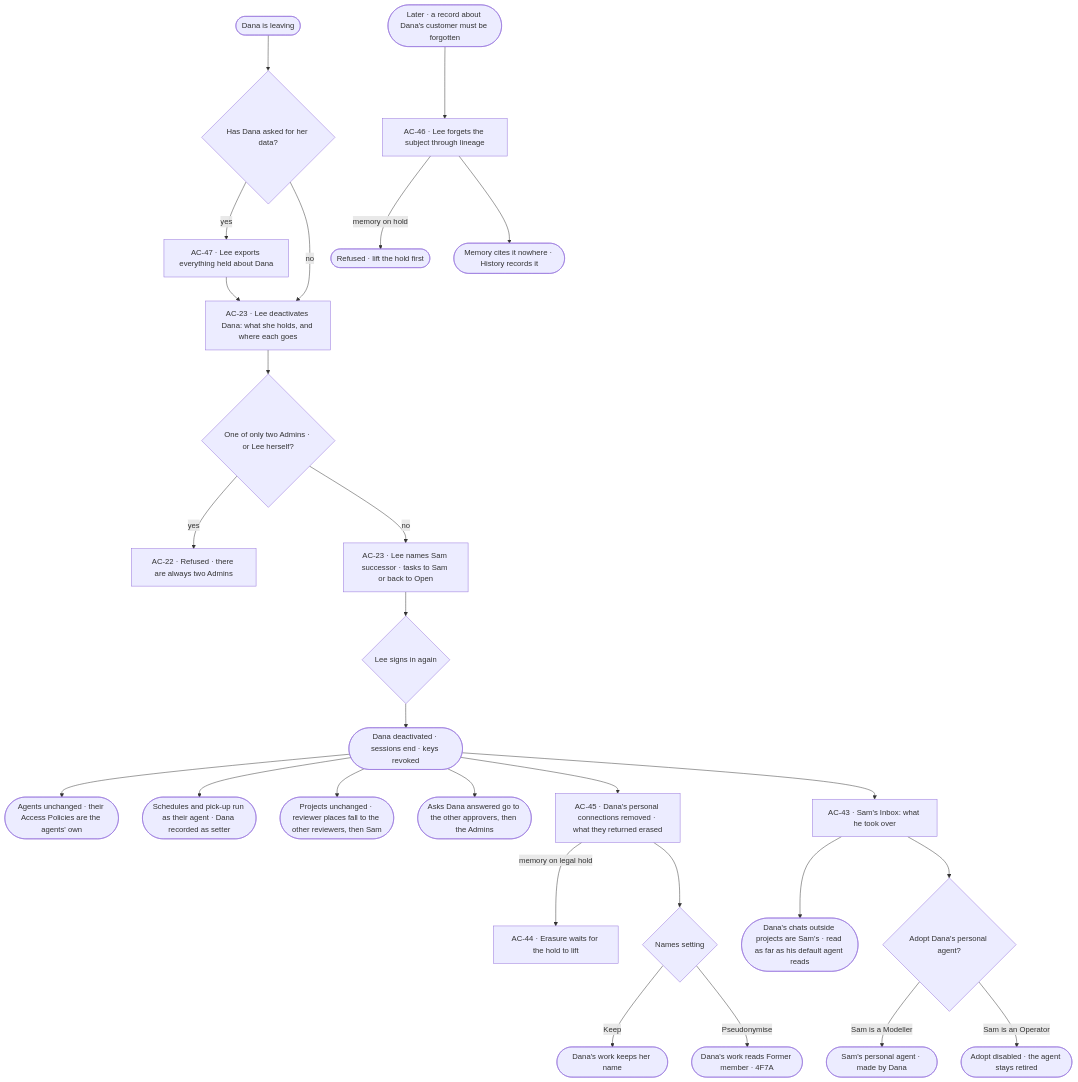
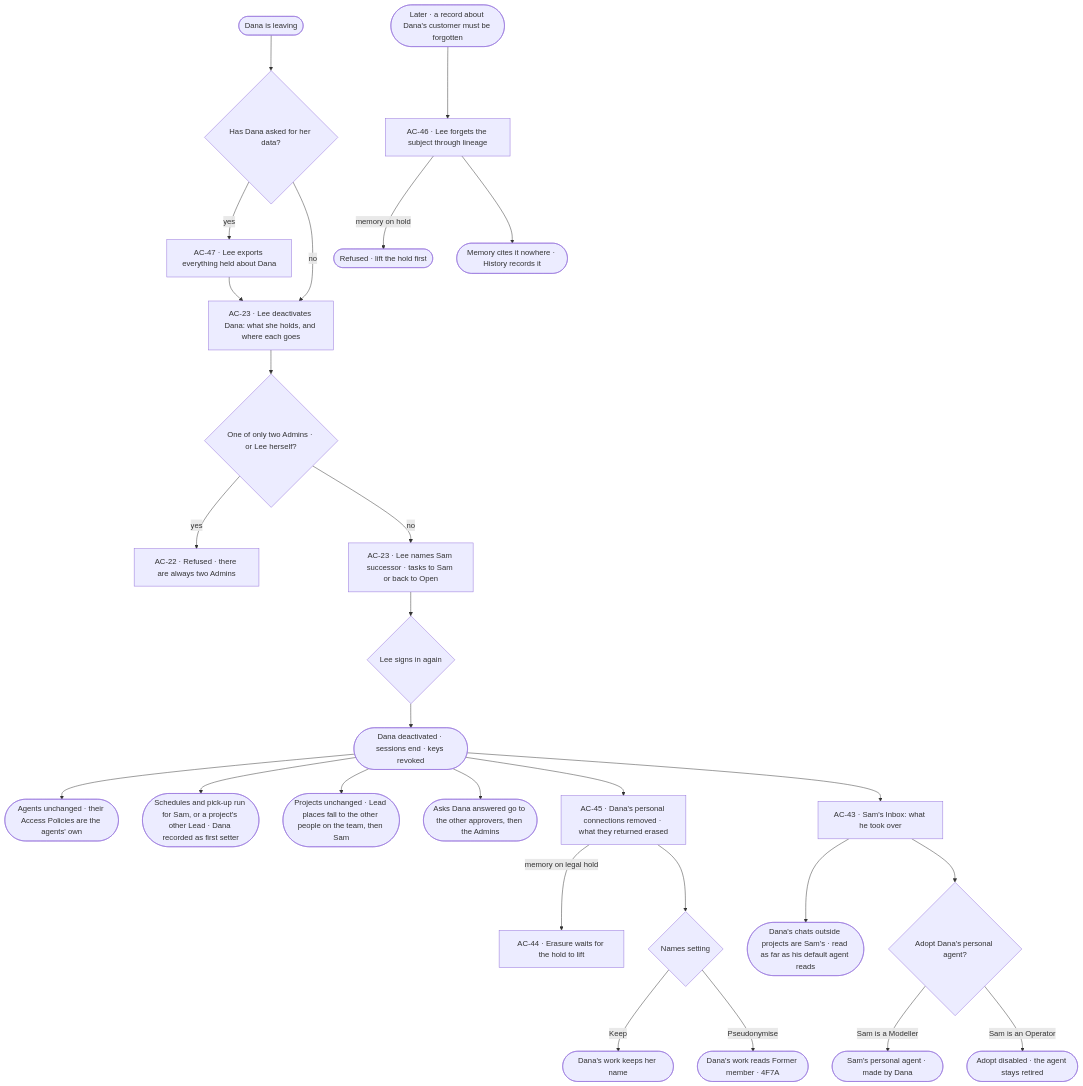
One commit to invana/invana changed the diagram in specs/journeys/J12-a-person-leaves-and-the-team-keeps-working.md. Above: the diagram before and after it, drawn with Mermaid. The commit also changed 106 other files, not shown here.

````diff
--- a/specs/journeys/J12-a-person-leaves-and-the-team-keeps-working.md
+++ b/specs/journeys/J12-a-person-leaves-and-the-team-keeps-working.md
@@ -16,29 +16,29 @@
 ```mermaid
 flowchart TD
   P([Dana is leaving]) --> X{"Has Dana asked for her data?"}
   X -->|yes| EX["AC-47 · Lee exports everything held about Dana"]
   X -->|no| D
   EX --> D["AC-23 · Lee deactivates Dana: what she holds, and where each goes"]
   D --> A{"One of only two Admins · or Lee herself?"}
   A -->|yes| AR["AC-22 · Refused · there are always two Admins"]
   A -->|no| S["AC-23 · Lee names Sam successor · tasks to Sam or back to Open"]
   S --> PW{"Lee signs in again"}
   PW --> OFF(["Dana deactivated · sessions end · keys revoked"])
   OFF --> W1(["Agents unchanged · their Access Policies are the agents' own"])
-  OFF --> W2(["Schedules and pick-up run as their agent · Dana recorded as setter"])
-  OFF --> W3(["Projects unchanged · reviewer places fall to the other reviewers, then Sam"])
+  OFF --> W2(["Schedules and pick-up run for Sam, or a project's other Lead · Dana recorded as first setter"])
+  OFF --> W3(["Projects unchanged · Lead places fall to the other people on the team, then Sam"])
   OFF --> W4(["Asks Dana answered go to the other approvers, then the Admins"])
   OFF --> PD["AC-45 · Dana's personal connections removed · what they returned erased"]
   PD -->|memory on legal hold| WH["AC-44 · Erasure waits for the hold to lift"]
   PD --> NM{"Names setting"}
   NM -->|Keep| K(["Dana's work keeps her name"])
   NM -->|Pseudonymise| PS(["Dana's work reads Former member · 4F7A"])
   OFF --> SAM["AC-43 · Sam's Inbox: what he took over"]
   SAM --> CH(["Dana's chats outside projects are Sam's · read as far as his default agent reads"])
   SAM --> AG{"Adopt Dana's personal agent?"}
   AG -->|Sam is a Modeller| AD(["Sam's personal agent · made by Dana"])
   AG -->|Sam is an Operator| AS(["Adopt disabled · the agent stays retired"])
   FG([Later · a record about Dana's customer must be forgotten]) --> F["AC-46 · Lee forgets the subject through lineage"]
   F -->|memory on hold| FR(["Refused · lift the hold first"])
   F --> FD(["Memory cites it nowhere · History records it"])
 ```
````
